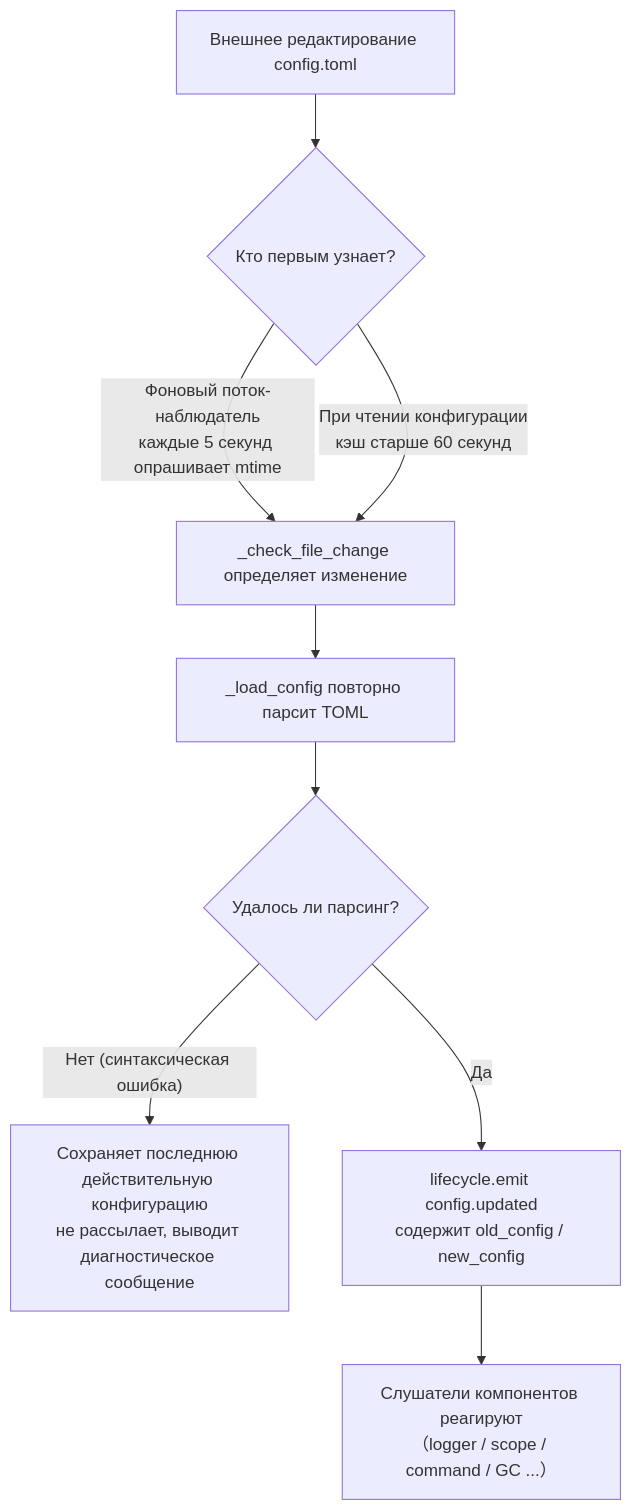
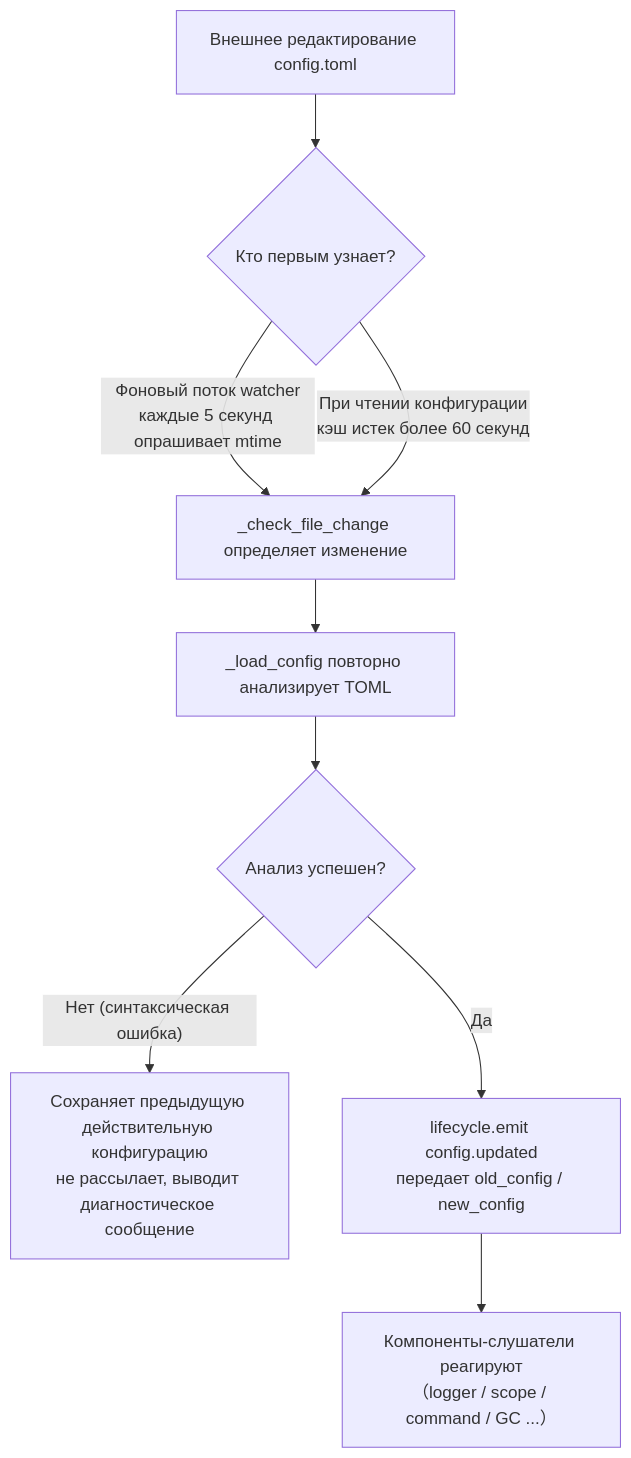
One commit to ErisPulse/ErisPulse changed the diagram in docs/ru/user-guide/configuration.md. Above: the diagram before and after it, drawn with Mermaid. The commit also changed other lines of this file and 15 other files, not shown here.

````diff
--- a/docs/ru/user-guide/configuration.md
+++ b/docs/ru/user-guide/configuration.md
@@ -137,11 +139,11 @@
 ```mermaid
 flowchart TD
     A["Внешнее редактирование config.toml"] --> B{"Кто первым узнает?"}
-    B -->|"Фоновый поток-наблюдатель<br/>каждые 5 секунд опрашивает mtime"| C["_check_file_change определяет изменение"]
-    B -->|"При чтении конфигурации<br/>кэш старше 60 секунд"| C
-    C --> D["_load_config повторно парсит TOML"]
-    D --> E{"Удалось ли парсинг?"}
-    E -->|"Нет (синтаксическая ошибка)"| F["Сохраняет последнюю действительную конфигурацию<br/>не рассылает, выводит диагностическое сообщение"]
-    E -->|"Да"| G["lifecycle.emit config.updated<br/>содержит old_config / new_config"]
-    G --> H["Слушатели компонентов реагируют<br/>（logger / scope / command / GC ...）"]
+    B -->|"Фоновый поток watcher<br/>каждые 5 секунд опрашивает mtime"| C["_check_file_change определяет изменение"]
+    B -->|"При чтении конфигурации<br/>кэш истек более 60 секунд"| C
+    C --> D["_load_config повторно анализирует TOML"]
+    D --> E{"Анализ успешен?"}
+    E -->|"Нет (синтаксическая ошибка)"| F["Сохраняет предыдущую действительную конфигурацию<br/>не рассылает, выводит диагностическое сообщение"]
+    E -->|"Да"| G["lifecycle.emit config.updated<br/>передает old_config / new_config"]
+    G --> H["Компоненты-слушатели реагируют<br/>（logger / scope / command / GC ...）"]
 ```
````
